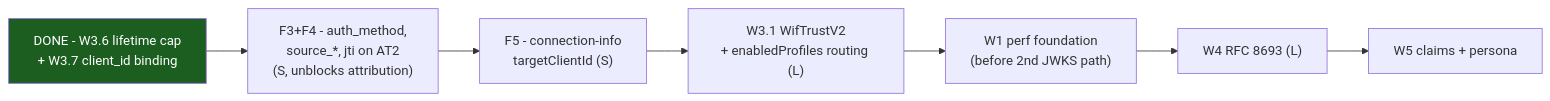
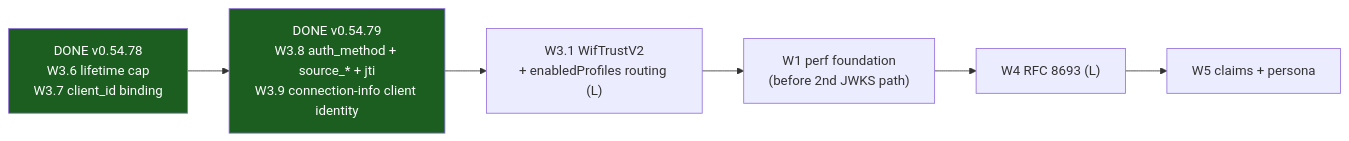
One commit to pranems/SCIMServer changed the fifth of 5 diagrams in docs/auth/WIF_END_TO_END_PROOF_AND_AUTH_METHOD_REFERENCE.md. Above: the diagram before and after it, drawn with Mermaid. The commit also changed other lines of this file and 20 other files, not shown here.

First line of the commit message:
feat(wif): AT2 provenance claims + jti (W3.8) and connection-info client identity (W3.9)

````diff
--- a/docs/auth/WIF_END_TO_END_PROOF_AND_AUTH_METHOD_REFERENCE.md
+++ b/docs/auth/WIF_END_TO_END_PROOF_AND_AUTH_METHOD_REFERENCE.md
@@ -793,10 +807,9 @@
 ```mermaid
 flowchart LR
-    A["DONE - W3.6 lifetime cap<br/>+ W3.7 client_id binding"]:::done --> C["F3+F4 - auth_method,<br/>source_*, jti on AT2<br/>(S, unblocks attribution)"]
-    C --> D["F5 - connection-info<br/>targetClientId (S)"]
-    D --> E["W3.1 WifTrustV2<br/>+ enabledProfiles routing (L)"]
+    A["DONE v0.54.78<br/>W3.6 lifetime cap<br/>W3.7 client_id binding"]:::done --> C["DONE v0.54.79<br/>W3.8 auth_method + source_* + jti<br/>W3.9 connection-info client identity"]:::done
+    C --> E["W3.1 WifTrustV2<br/>+ enabledProfiles routing (L)"]
     E --> F["W1 perf foundation<br/>(before 2nd JWKS path)"]
     F --> G["W4 RFC 8693 (L)"]
     G --> H["W5 claims + persona"]
     classDef done fill:#1b5e20,color:#fff
 ```
````
